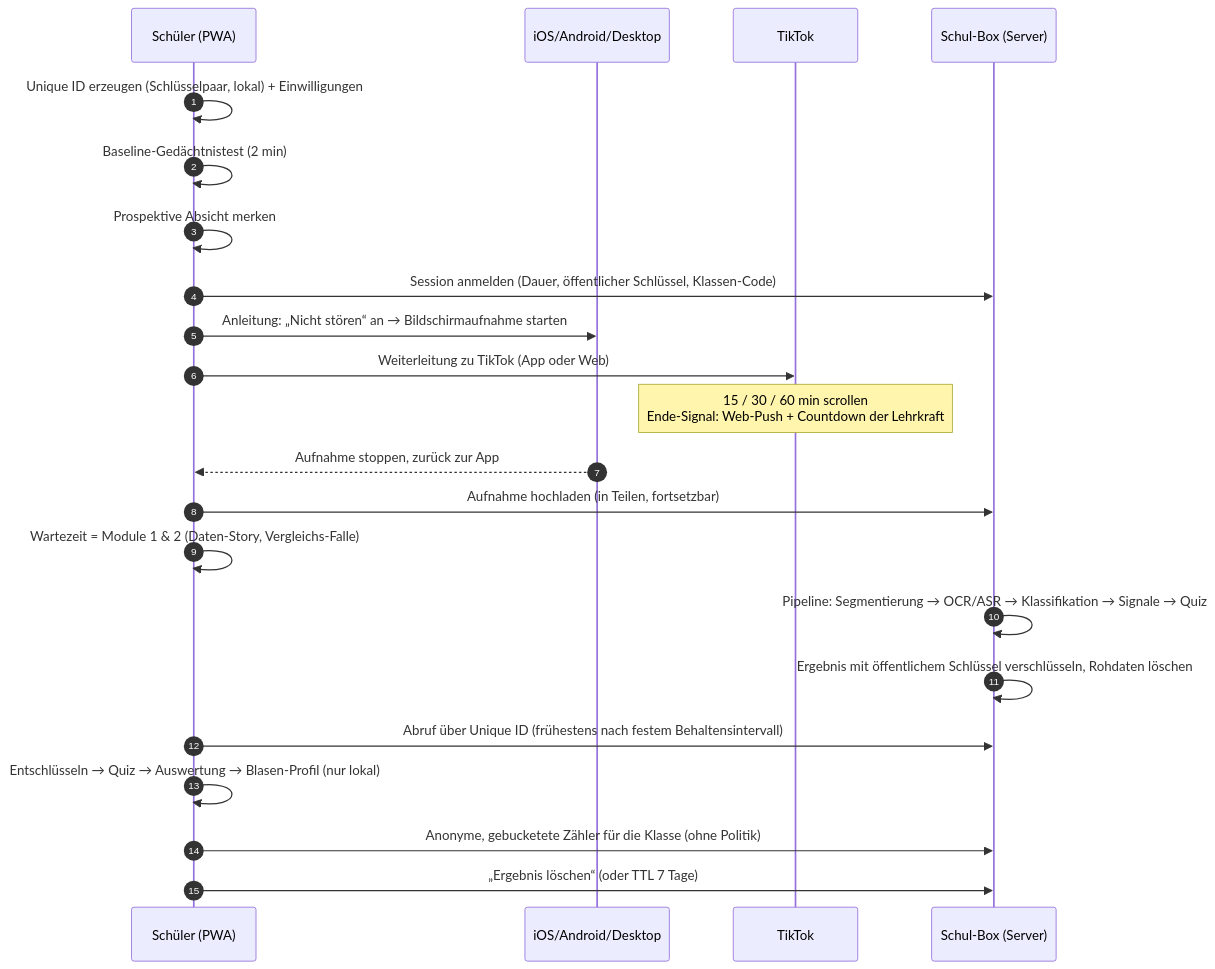
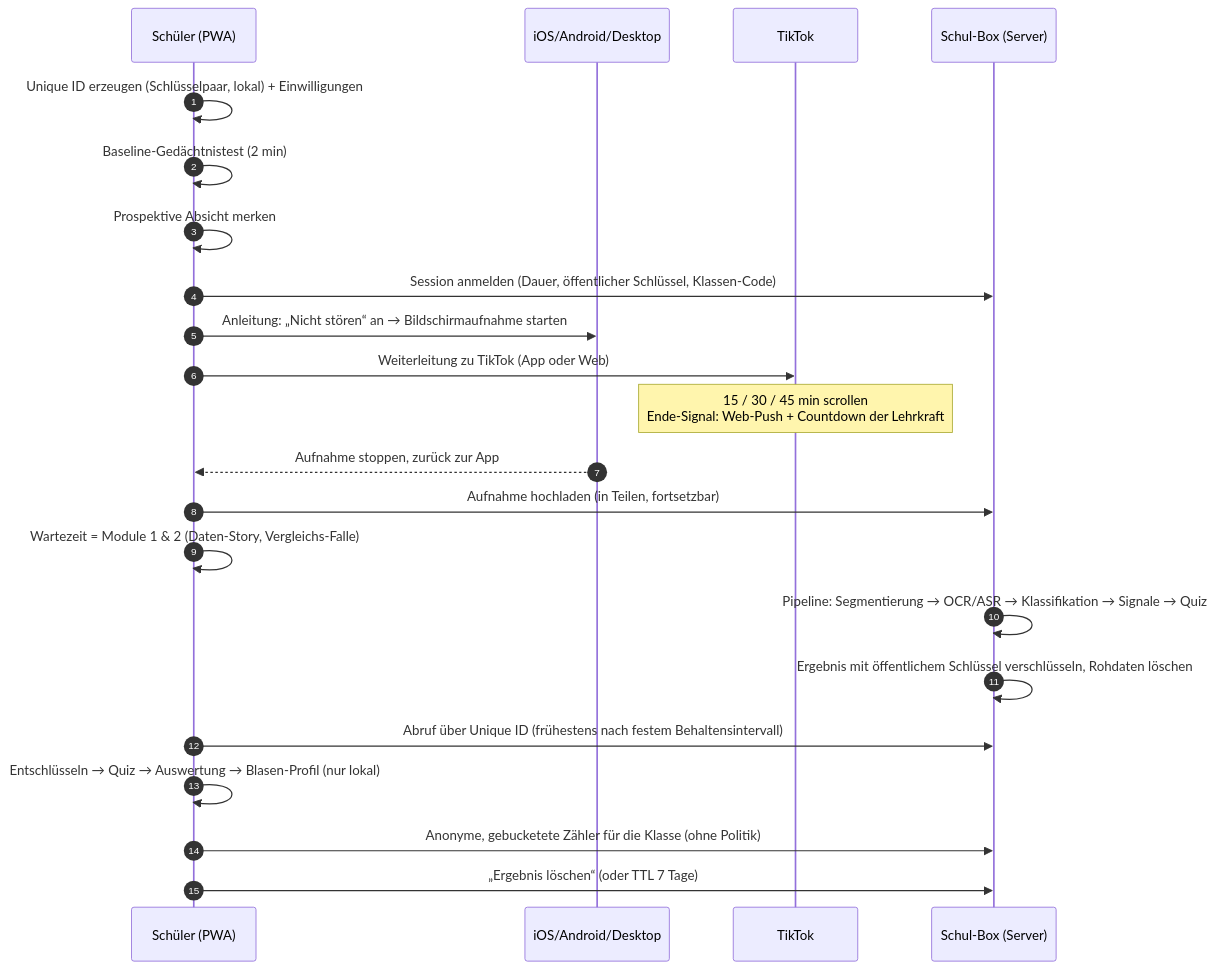
Before and after one commit to Hilsji/data-safe: the first of 2 diagrams in docs/ARCHITEKTUR.md, drawn with Mermaid. The commit also changed other lines of this file and 50 other files, not shown here.

````diff
--- a/docs/ARCHITEKTUR.md
+++ b/docs/ARCHITEKTUR.md
@@ -45,24 +75,24 @@
 ```mermaid
 sequenceDiagram
   autonumber
   participant S as Schüler (PWA)
   participant OS as iOS/Android/Desktop
   participant TT as TikTok
   participant B as Schul-Box (Server)
   S->>S: Unique ID erzeugen (Schlüsselpaar, lokal) + Einwilligungen
   S->>S: Baseline-Gedächtnistest (2 min)
   S->>S: Prospektive Absicht merken
   S->>B: Session anmelden (Dauer, öffentlicher Schlüssel, Klassen-Code)
   S->>OS: Anleitung: „Nicht stören“ an → Bildschirmaufnahme starten
   S->>TT: Weiterleitung zu TikTok (App oder Web)
-  Note over TT: 15 / 30 / 60 min scrollen<br/>Ende-Signal: Web-Push + Countdown der Lehrkraft
+  Note over TT: 15 / 30 / 45 min scrollen<br/>Ende-Signal: Web-Push + Countdown der Lehrkraft
   OS-->>S: Aufnahme stoppen, zurück zur App
   S->>B: Aufnahme hochladen (in Teilen, fortsetzbar)
   S->>S: Wartezeit = Module 1 & 2 (Daten-Story, Vergleichs-Falle)
   B->>B: Pipeline: Segmentierung → OCR/ASR → Klassifikation → Signale → Quiz
   B->>B: Ergebnis mit öffentlichem Schlüssel verschlüsseln, Rohdaten löschen
   S->>B: Abruf über Unique ID (frühestens nach festem Behaltensintervall)
   S->>S: Entschlüsseln → Quiz → Auswertung → Blasen-Profil (nur lokal)
   S->>B: Anonyme, gebucketete Zähler für die Klasse (ohne Politik)
   S->>B: „Ergebnis löschen“ (oder TTL 7 Tage)
 ```
````
